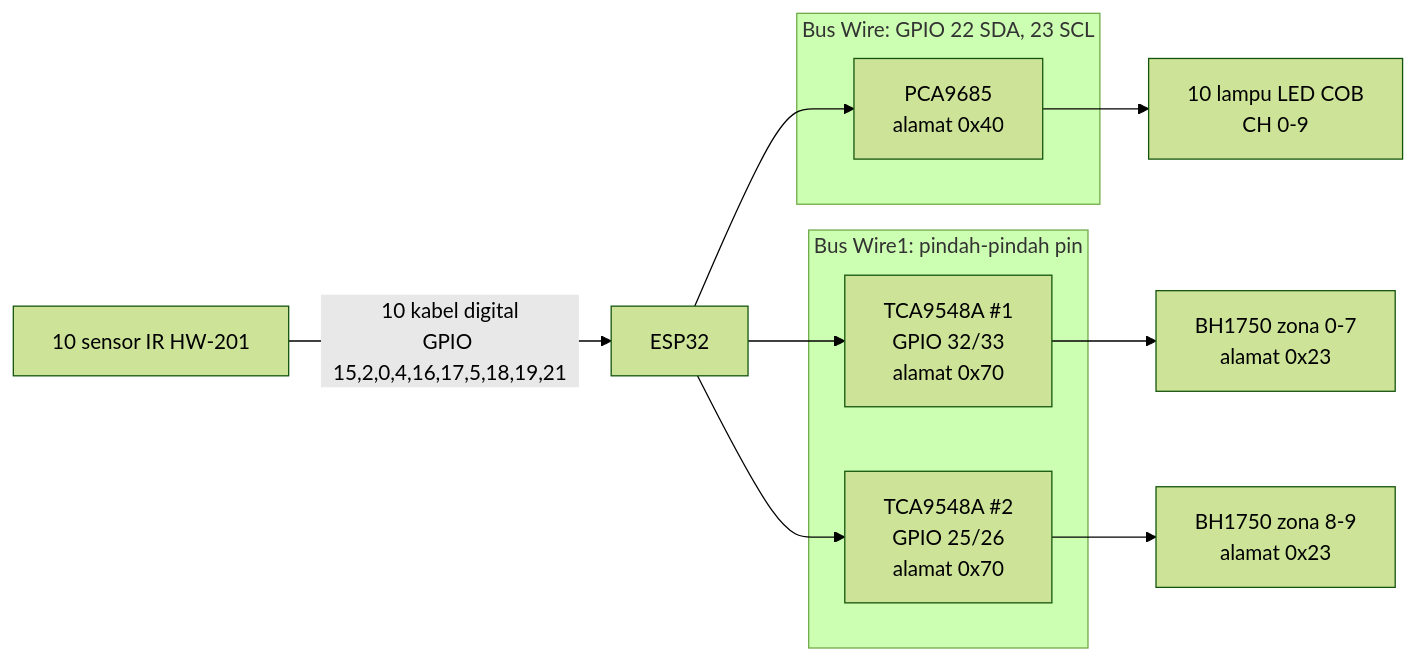
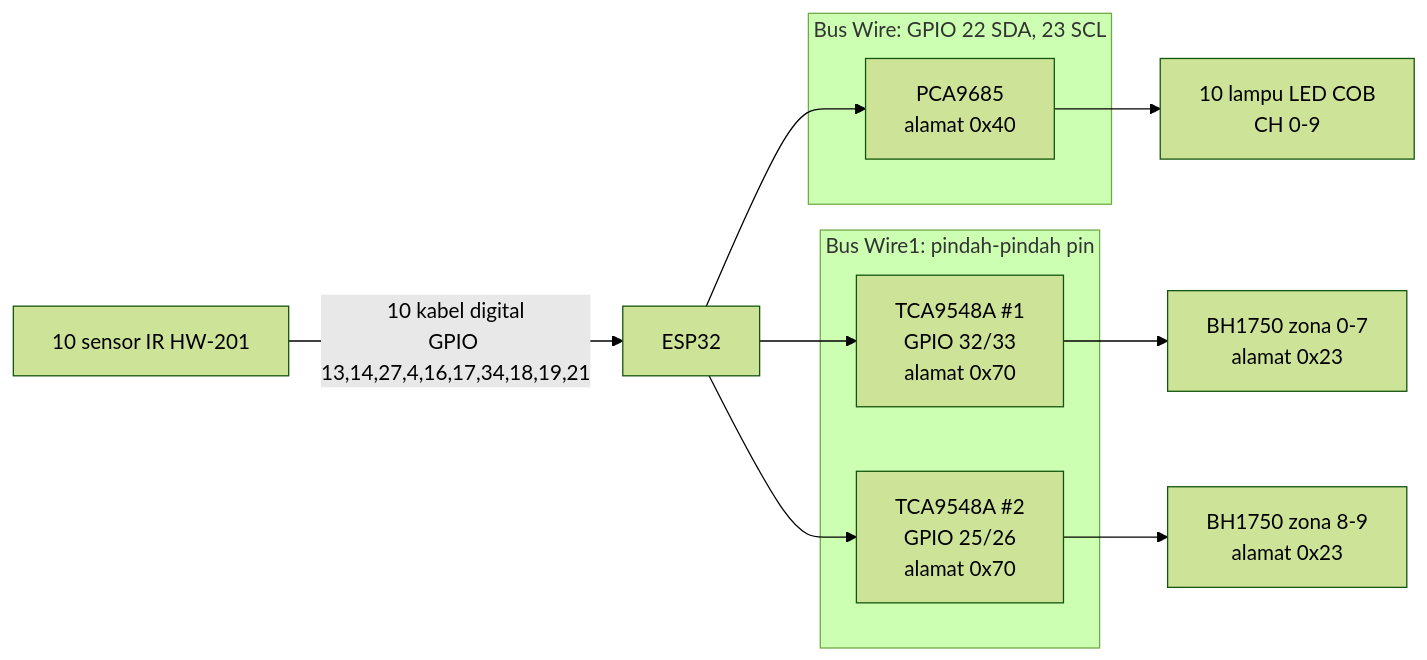
The first of 4 diagrams in docs/learning/02-perangkat-keras.md (ardellrasen/TPT-Adaptive-Lighting), drawn with Mermaid (forest theme) before and after one commit. The commit also changed other lines of this file and 20 other files, not shown here.

````diff
--- a/docs/learning/02-perangkat-keras.md
+++ b/docs/learning/02-perangkat-keras.md
@@ -17,23 +17,23 @@
 ```mermaid
 flowchart LR
     ESP["ESP32"]
 
     subgraph BusPWM["Bus Wire: GPIO 22 SDA, 23 SCL"]
         PCA["PCA9685<br/>alamat 0x40"]
     end
 
     subgraph BusSensor["Bus Wire1: pindah-pindah pin"]
         TCA1["TCA9548A #1<br/>GPIO 32/33<br/>alamat 0x70"]
         TCA2["TCA9548A #2<br/>GPIO 25/26<br/>alamat 0x70"]
     end
 
     ESP --> PCA
     PCA --> L["10 lampu LED COB<br/>CH 0-9"]
 
     ESP --> TCA1
     ESP --> TCA2
     TCA1 --> S07["BH1750 zona 0-7<br/>alamat 0x23"]
     TCA2 --> S89["BH1750 zona 8-9<br/>alamat 0x23"]
 
-    IR["10 sensor IR HW-201"] -->|"10 kabel digital<br/>GPIO 15,2,0,4,16,17,5,18,19,21"| ESP
+    IR["10 sensor IR HW-201"] -->|"10 kabel digital<br/>GPIO 13,14,27,4,16,17,34,18,19,21"| ESP
 ```
````
